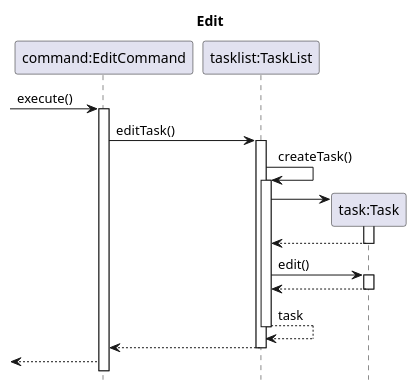
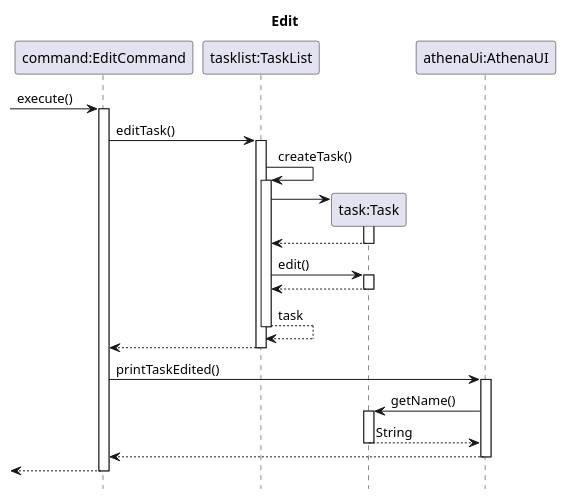
Before and after one commit to wish2023/tp: the diagram in docs/sequenceDiagrams/EditCommand.puml, drawn with PlantUML. The commit also changed 1 other file, not shown here.

```diff
--- a/docs/sequenceDiagrams/EditCommand.puml
+++ b/docs/sequenceDiagrams/EditCommand.puml
@@ -1,21 +1,26 @@
 @startuml
 hide footbox
 title Edit
 
 participant "command:EditCommand" as EditCommand
 participant "tasklist:TaskList" as TaskList
 participant "task:Task" as Task
+participant "athenaUi:AthenaUI" as AthenaUI
 
 ->EditCommand++: execute()
 EditCommand->TaskList++: editTask()
 TaskList->TaskList++: createTask()
 TaskList->Task**:
 activate Task
 Task-->TaskList--
 TaskList->Task++: edit()
 Task-->TaskList--:
 return task
 TaskList-->EditCommand--:
-<--EditCommand
+EditCommand->AthenaUI++: printTaskEdited()
+AthenaUI->Task++:getName()
+return String
+AthenaUI-->EditCommand--:
+<--EditCommand--
 
 @enduml
```
